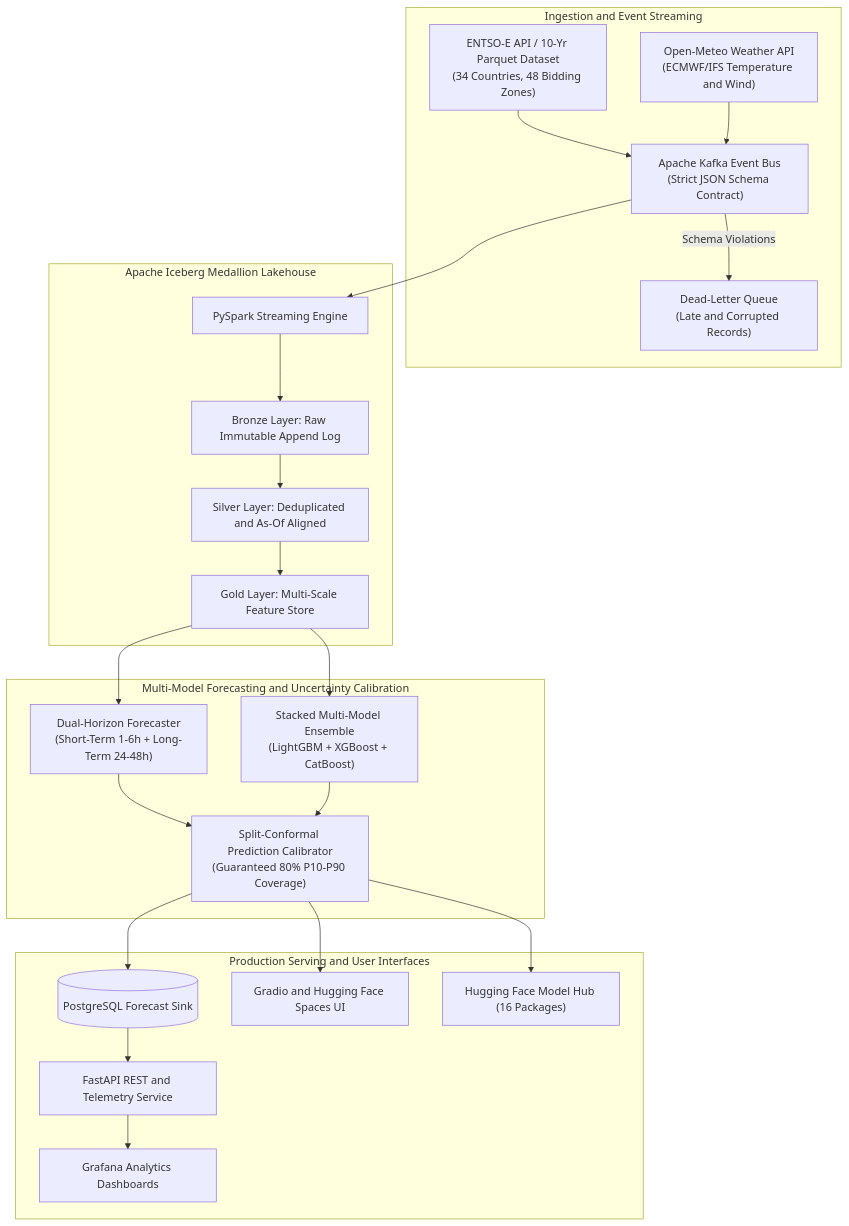
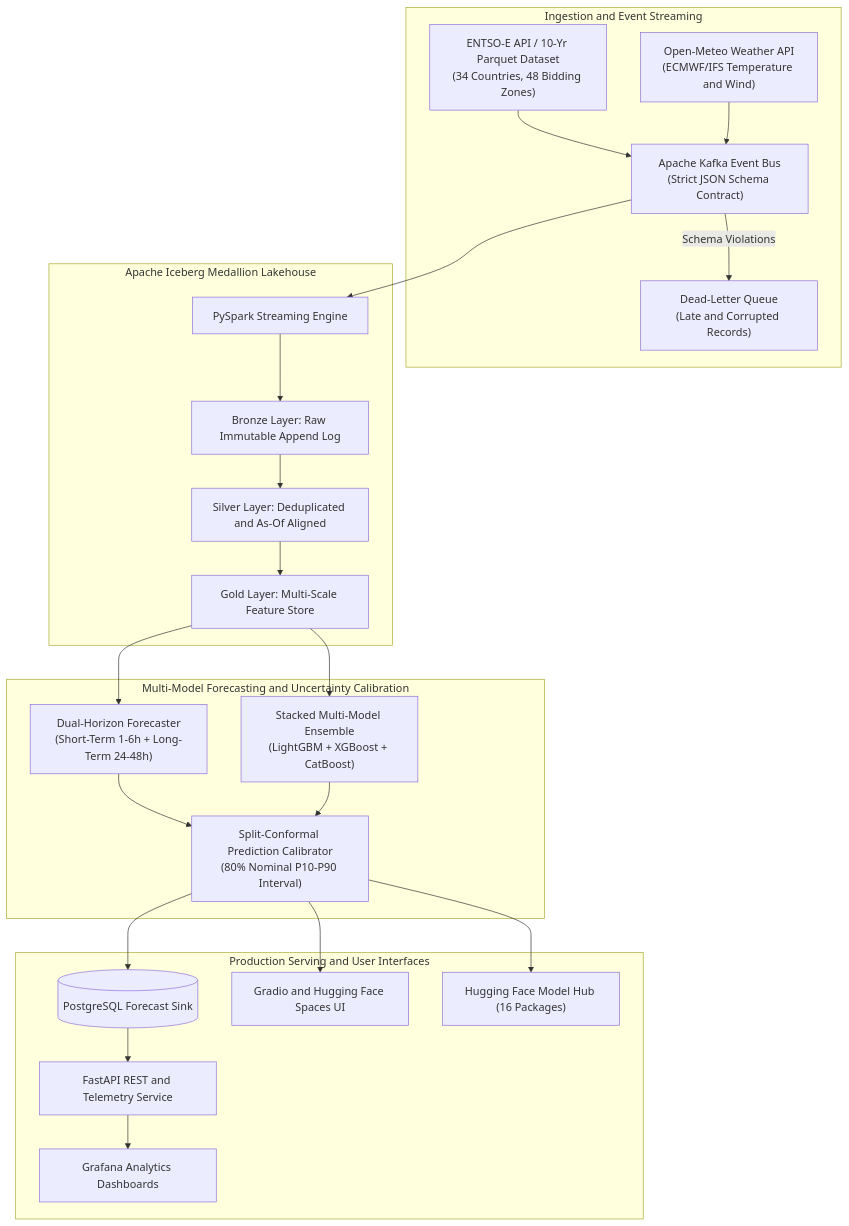
The diagram in README.md (hsilvosa/energy-grid), drawn with Mermaid before and after one commit. The commit also changed other lines of this file and 26 other files, not shown here.

````diff
--- a/README.md
+++ b/README.md
@@ -20,44 +20,44 @@
 ```mermaid
 flowchart TD
     subgraph INGESTION["Ingestion and Event Streaming"]
         ENTSOE["ENTSO-E API / 10-Yr Parquet Dataset<br/>(34 Countries, 48 Bidding Zones)"]
         METEO["Open-Meteo Weather API<br/>(ECMWF/IFS Temperature and Wind)"]
         KAFKA["Apache Kafka Event Bus<br/>(Strict JSON Schema Contract)"]
         DLQ["Dead-Letter Queue<br/>(Late and Corrupted Records)"]
         ENTSOE --> KAFKA
         METEO --> KAFKA
         KAFKA -->|Schema Violations| DLQ
     end
 
     subgraph LAKEHOUSE["Apache Iceberg Medallion Lakehouse"]
         SPARK["PySpark Streaming Engine"]
         BRONZE["Bronze Layer: Raw Immutable Append Log"]
         SILVER["Silver Layer: Deduplicated and As-Of Aligned"]
         GOLD["Gold Layer: Multi-Scale Feature Store"]
         KAFKA --> SPARK
         SPARK --> BRONZE
         BRONZE --> SILVER
         SILVER --> GOLD
     end
 
     subgraph FORECASTING["Multi-Model Forecasting and Uncertainty Calibration"]
         GOLD --> DUAL["Dual-Horizon Forecaster<br/>(Short-Term 1-6h + Long-Term 24-48h)"]
         GOLD --> STACKED["Stacked Multi-Model Ensemble<br/>(LightGBM + XGBoost + CatBoost)"]
-        CONFORMAL["Split-Conformal Prediction Calibrator<br/>(Guaranteed 80% P10-P90 Coverage)"]
+        CONFORMAL["Split-Conformal Prediction Calibrator<br/>(80% Nominal P10-P90 Interval)"]
         DUAL --> CONFORMAL
         STACKED --> CONFORMAL
     end
 
     subgraph SERVING["Production Serving and User Interfaces"]
         POSTGRES[("PostgreSQL Forecast Sink")]
         FASTAPI["FastAPI REST and Telemetry Service"]
         GRAFANA["Grafana Analytics Dashboards"]
         GRADIO["Gradio and Hugging Face Spaces UI"]
         HF_HUB["Hugging Face Model Hub (16 Packages)"]
         CONFORMAL --> POSTGRES
         POSTGRES --> FASTAPI
         FASTAPI --> GRAFANA
         CONFORMAL --> GRADIO
         CONFORMAL --> HF_HUB
     end
 ```
````
